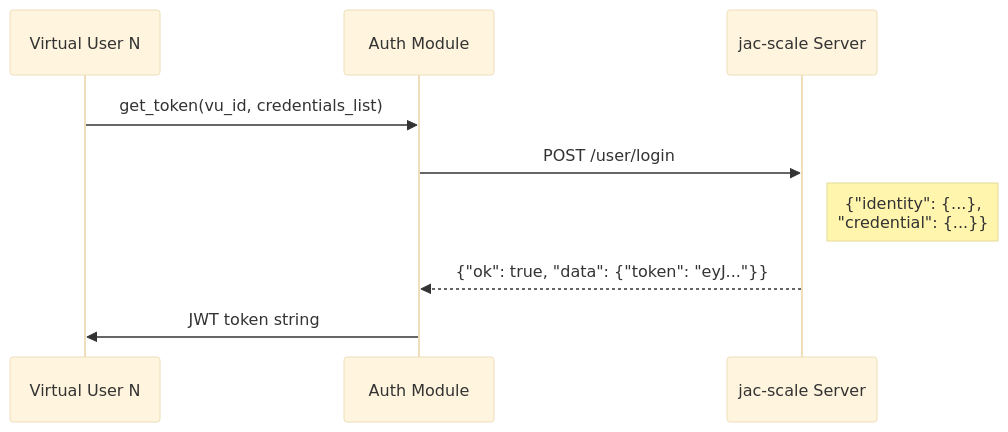
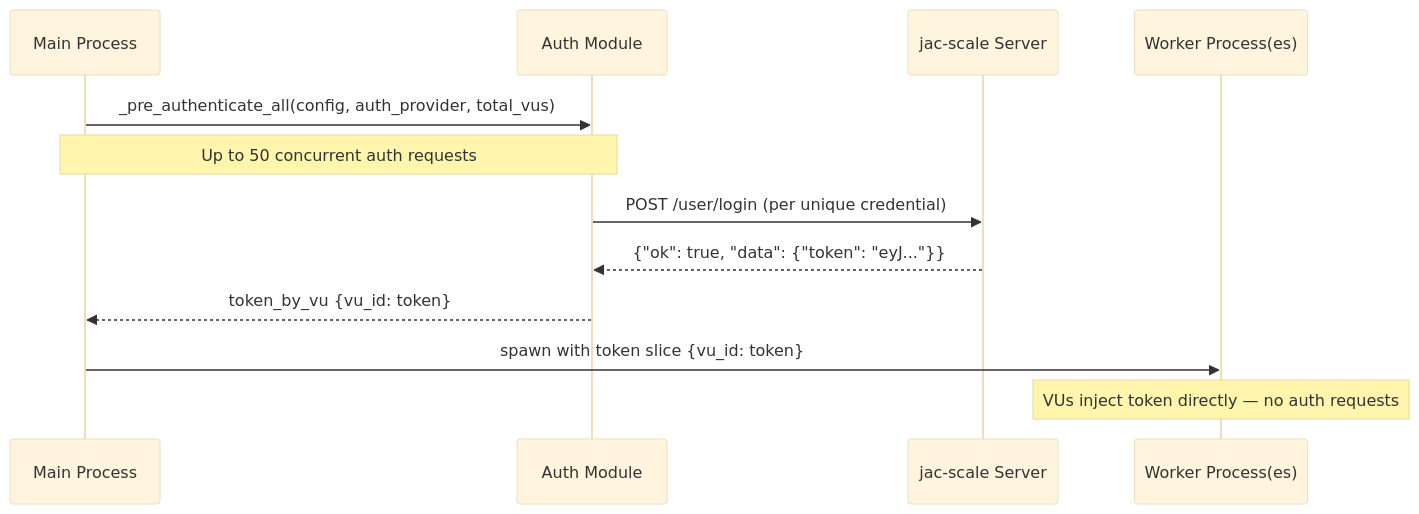
The third of 4 diagrams in docs/ARCHITECTURE.md (SahanUday/jac-loadtest), drawn with Mermaid (base theme) before and after one commit. The commit also changed other lines of this file and 1 other file, not shown here.

````diff
--- a/docs/ARCHITECTURE.md
+++ b/docs/ARCHITECTURE.md
@@ -751,12 +838,15 @@
 ```mermaid
 sequenceDiagram
-    participant VU as Virtual User N
+    participant Main as Main Process
     participant Auth as Auth Module
     participant Server as jac-scale Server
+    participant Worker as Worker Process(es)
 
-    VU->>Auth: get_token(vu_id, credentials_list)
-    Auth->>Server: POST /user/login
-    Note right of Server: {"identity": {...},<br/>"credential": {...}}
+    Main->>Auth: _pre_authenticate_all(config, auth_provider, total_vus)
+    Note over Main,Auth: Up to 50 concurrent auth requests
+    Auth->>Server: POST /user/login (per unique credential)
     Server-->>Auth: {"ok": true, "data": {"token": "eyJ..."}}
-    Auth->>VU: JWT token string
+    Auth-->>Main: token_by_vu {vu_id: token}
+    Main->>Worker: spawn with token slice {vu_id: token}
+    Note over Worker: VUs inject token directly — no auth requests
 ```
````
